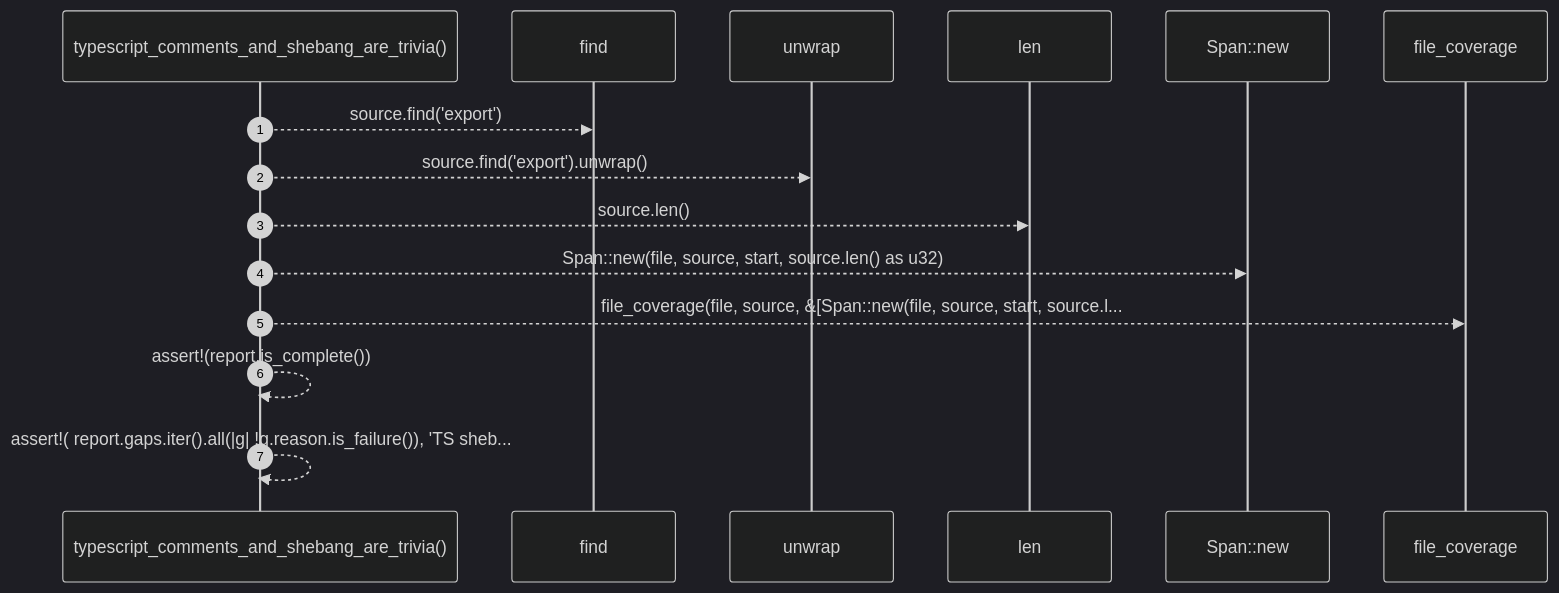
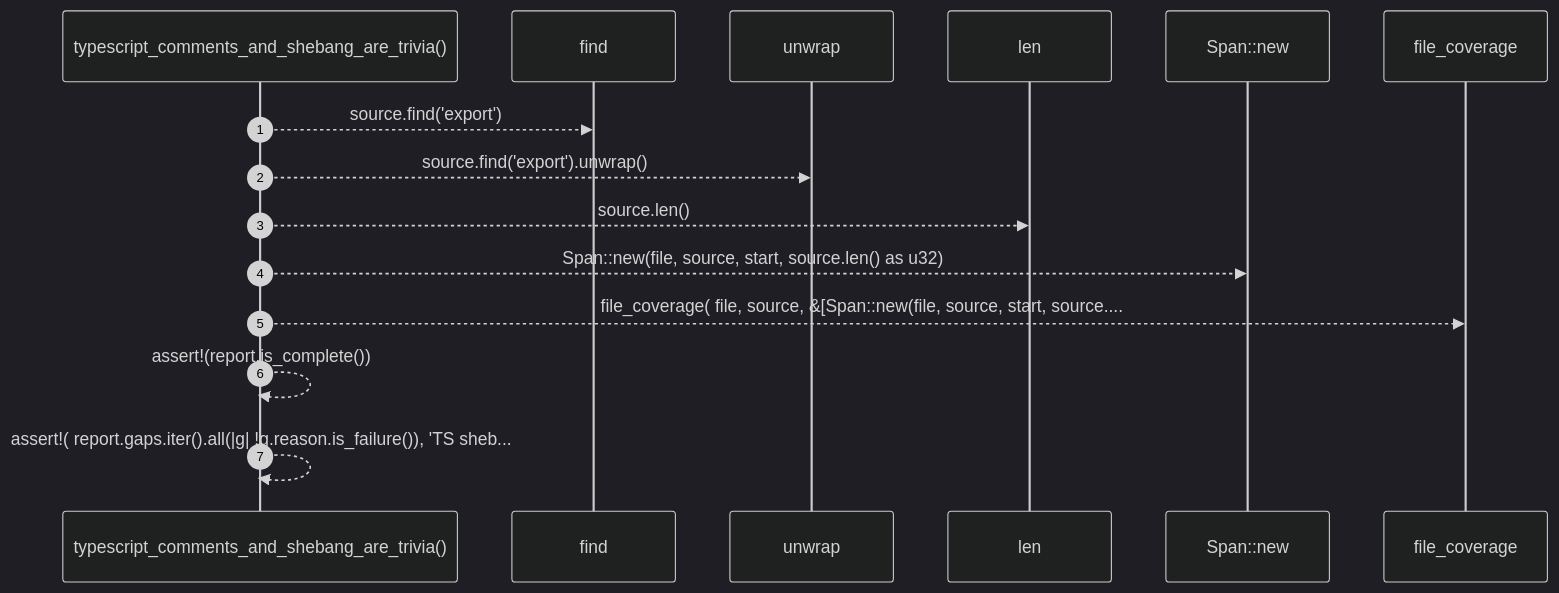
One commit to RyanGuild/self-describing-code changed the diagram in docs/self-model/robby_ir/test_coverage/typescript-comments-and-shebang-are-trivia.md. Above: the diagram before and after it, drawn with Mermaid (dark theme). The commit also changed other lines of this file and 747 other files, not shown here.

````diff
--- a/docs/self-model/robby_ir/test_coverage/typescript-comments-and-shebang-are-trivia.md
+++ b/docs/self-model/robby_ir/test_coverage/typescript-comments-and-shebang-are-trivia.md
@@ -28,17 +32,17 @@
 ```mermaid
 sequenceDiagram
     autonumber
     participant typescript_comments_and_shebang_are_trivia as typescript_comments_and_shebang_are_trivia()
     participant find as find
     participant unwrap as unwrap
     participant len as len
     participant Span__new as Span::new
     participant file_coverage as file_coverage
     typescript_comments_and_shebang_are_trivia-->>find: source.find('export')
     typescript_comments_and_shebang_are_trivia-->>unwrap: source.find('export').unwrap()
     typescript_comments_and_shebang_are_trivia-->>len: source.len()
     typescript_comments_and_shebang_are_trivia-->>Span__new: Span::new(file, source, start, source.len() as u32)
-    typescript_comments_and_shebang_are_trivia-->>file_coverage: file_coverage(file, source, &[Span::new(file, source, start, source.l...
+    typescript_comments_and_shebang_are_trivia-->>file_coverage: file_coverage( file, source, &[Span::new(file, source, start, source....
     typescript_comments_and_shebang_are_trivia-->>typescript_comments_and_shebang_are_trivia: assert!(report.is_complete())
     typescript_comments_and_shebang_are_trivia-->>typescript_comments_and_shebang_are_trivia: assert!( report.gaps.iter().all(|g| !g.reason.is_failure()), 'TS sheb...
 ```
````
